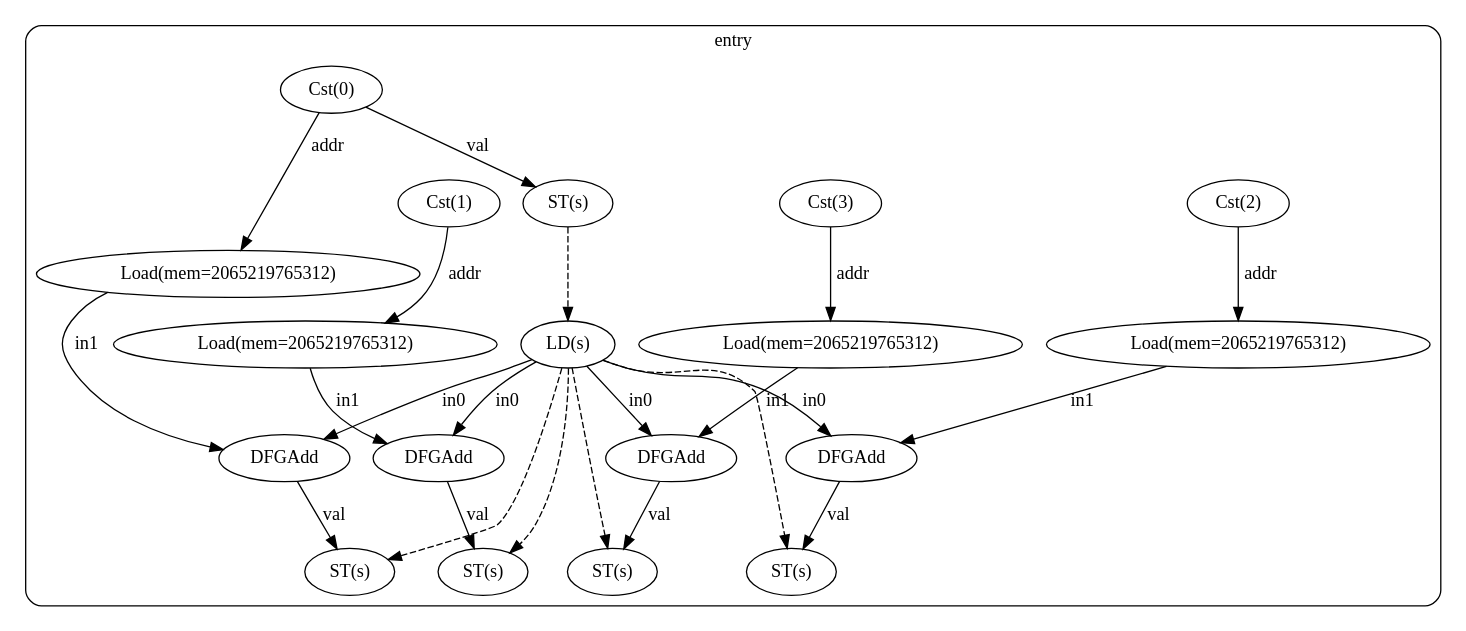
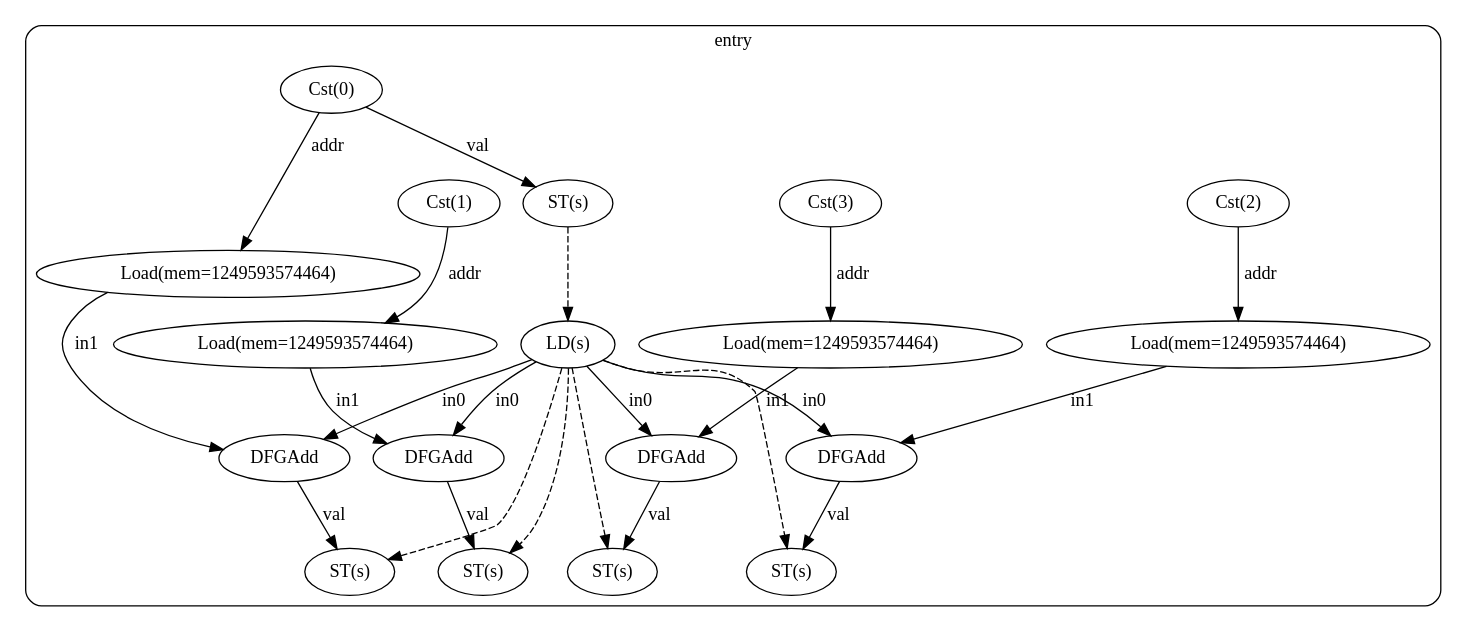
One commit to ma-carrillo/High-level-synthesis-assignment changed the diagram in test22/cfg_with_dfg.dot. Above: the diagram before and after it, drawn with Graphviz. The commit also changed 15 other files, not shown here.

```diff
--- a/test22/cfg_with_dfg.dot
+++ b/test22/cfg_with_dfg.dot
@@ -1,47 +1,47 @@
 digraph "cfg" {
   compound=true;
   subgraph "cluster_bb0" {
     label="entry";
     style=rounded;
     bb0_n0 [label="Cst(0)"];
     bb0_n1 [label="ST(s)"];
     bb0_n2 [label="LD(s)"];
-    bb0_n3 [label="Load(mem=2065219765312)"];
+    bb0_n3 [label="Load(mem=1249593574464)"];
     bb0_n4 [label="DFGAdd"];
     bb0_n5 [label="ST(s)"];
     bb0_n7 [label="Cst(1)"];
-    bb0_n8 [label="Load(mem=2065219765312)"];
+    bb0_n8 [label="Load(mem=1249593574464)"];
     bb0_n9 [label="DFGAdd"];
     bb0_n10 [label="ST(s)"];
     bb0_n12 [label="Cst(2)"];
-    bb0_n13 [label="Load(mem=2065219765312)"];
+    bb0_n13 [label="Load(mem=1249593574464)"];
     bb0_n14 [label="DFGAdd"];
     bb0_n15 [label="ST(s)"];
     bb0_n17 [label="Cst(3)"];
-    bb0_n18 [label="Load(mem=2065219765312)"];
+    bb0_n18 [label="Load(mem=1249593574464)"];
     bb0_n19 [label="DFGAdd"];
     bb0_n20 [label="ST(s)"];
     bb0_n0 -> bb0_n1 [label="val"];
     bb0_n0 -> bb0_n3 [label="addr"];
     bb0_n1 -> bb0_n2 [style="dashed"];
     bb0_n2 -> bb0_n4 [label="in0"];
     bb0_n2 -> bb0_n5 [style="dashed"];
     bb0_n2 -> bb0_n9 [label="in0"];
     bb0_n2 -> bb0_n10 [style="dashed"];
     bb0_n2 -> bb0_n14 [label="in0"];
     bb0_n2 -> bb0_n15 [style="dashed"];
     bb0_n2 -> bb0_n19 [label="in0"];
     bb0_n2 -> bb0_n20 [style="dashed"];
     bb0_n3 -> bb0_n4 [label="in1"];
     bb0_n4 -> bb0_n5 [label="val"];
     bb0_n7 -> bb0_n8 [label="addr"];
     bb0_n8 -> bb0_n9 [label="in1"];
     bb0_n9 -> bb0_n10 [label="val"];
     bb0_n12 -> bb0_n13 [label="addr"];
     bb0_n13 -> bb0_n14 [label="in1"];
     bb0_n14 -> bb0_n15 [label="val"];
     bb0_n17 -> bb0_n18 [label="addr"];
     bb0_n18 -> bb0_n19 [label="in1"];
     bb0_n19 -> bb0_n20 [label="val"];
   }
 }
```
